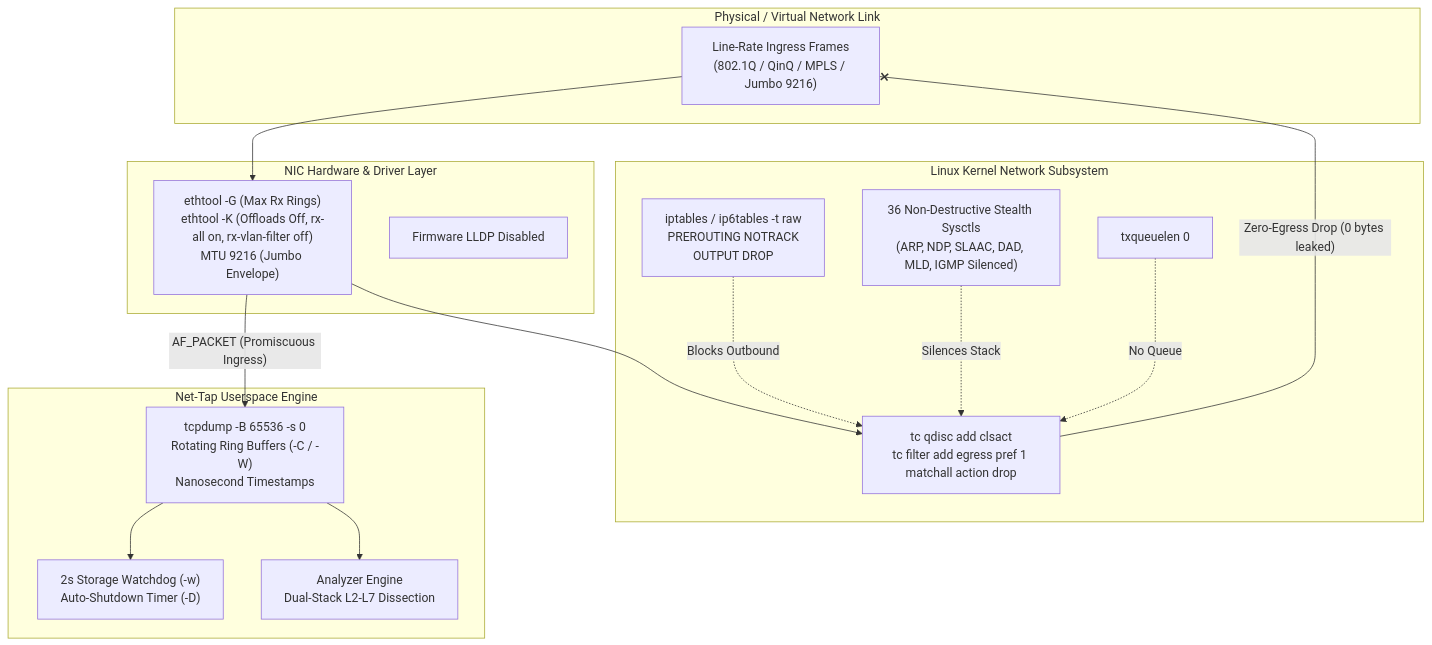
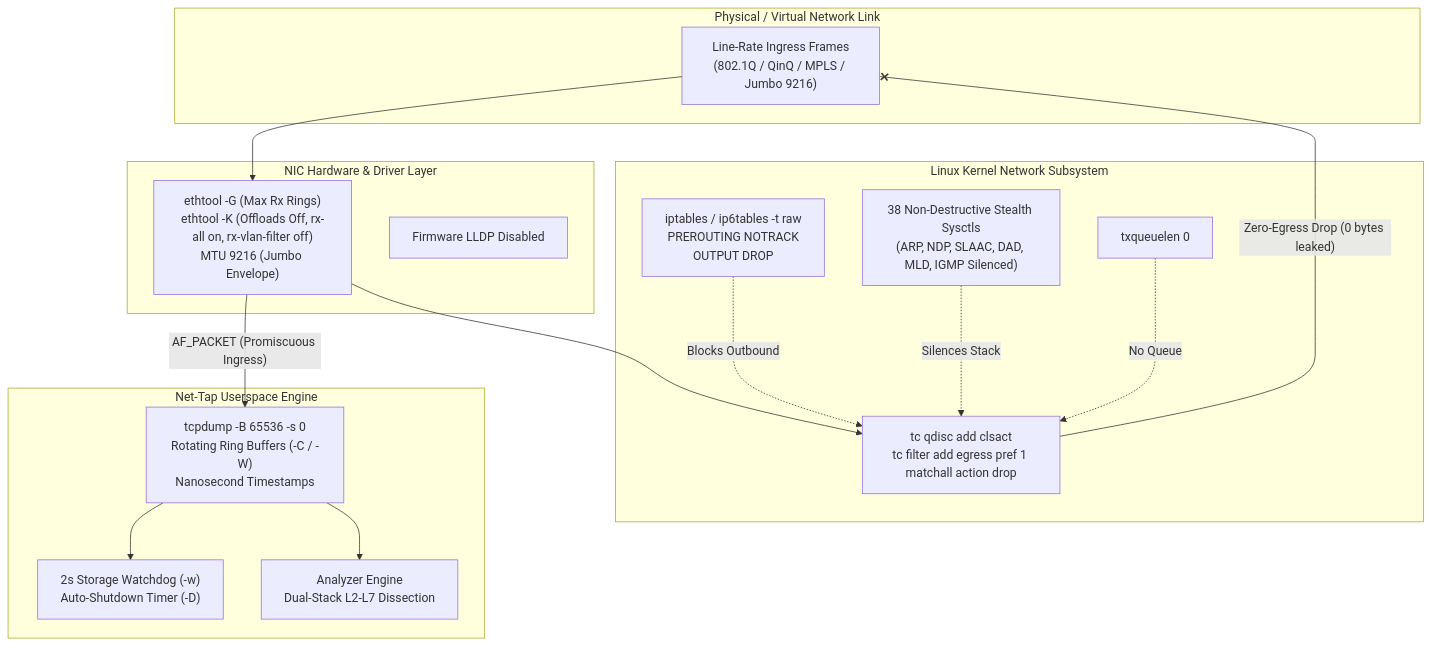
One commit to Nementon/net-tap changed the first of 9 diagrams in README.md. Above: the diagram before and after it, drawn with Mermaid. The commit also changed other lines of this file and 10 other files, not shown here.

Commit message:
feat: complete multi-domain remediation across docs, schema, telemetry, QA, and security

````diff
--- a/README.md
+++ b/README.md
@@ -102,34 +107,34 @@
 ```mermaid
 flowchart TD
     subgraph Wire ["Physical / Virtual Network Link"]
         Traffic["Line-Rate Ingress Frames<br/>(802.1Q / QinQ / MPLS / Jumbo 9216)"]
     end
 
     subgraph NIC ["NIC Hardware & Driver Layer"]
         HW["ethtool -G (Max Rx Rings)<br/>ethtool -K (Offloads Off, rx-all on, rx-vlan-filter off)<br/>MTU 9216 (Jumbo Envelope)"]
         FW_LLDP["Firmware LLDP Disabled"]
     end
 
     subgraph Kernel ["Linux Kernel Network Subsystem"]
         TC["tc qdisc add clsact<br/>tc filter add egress pref 1 matchall action drop"]
         IPT["iptables / ip6tables -t raw<br/>PREROUTING NOTRACK<br/>OUTPUT DROP"]
-        SYSCTL["36 Non-Destructive Stealth Sysctls<br/>(ARP, NDP, SLAAC, DAD, MLD, IGMP Silenced)"]
+        SYSCTL["38 Non-Destructive Stealth Sysctls<br/>(ARP, NDP, SLAAC, DAD, MLD, IGMP Silenced)"]
         QDISC["txqueuelen 0"]
     end
 
     subgraph Userspace ["Net-Tap Userspace Engine"]
         PCAP["tcpdump -B 65536 -s 0<br/>Rotating Ring Buffers (-C / -W)<br/>Nanosecond Timestamps"]
         WATCHDOG["2s Storage Watchdog (-w)<br/>Auto-Shutdown Timer (-D)"]
         DPI["Analyzer Engine<br/>Dual-Stack L2-L7 Dissection"]
     end
 
     Traffic --> HW
     HW -->|"AF_PACKET (Promiscuous Ingress)"| PCAP
     HW --> TC
     PCAP --> WATCHDOG
     PCAP --> DPI
     IPT -.->|"Blocks Outbound"| TC
     SYSCTL -.->|"Silences Stack"| TC
     QDISC -.->|"No Queue"| TC
     TC -- "Zero-Egress Drop (0 bytes leaked)" --x Traffic
 ```
````
